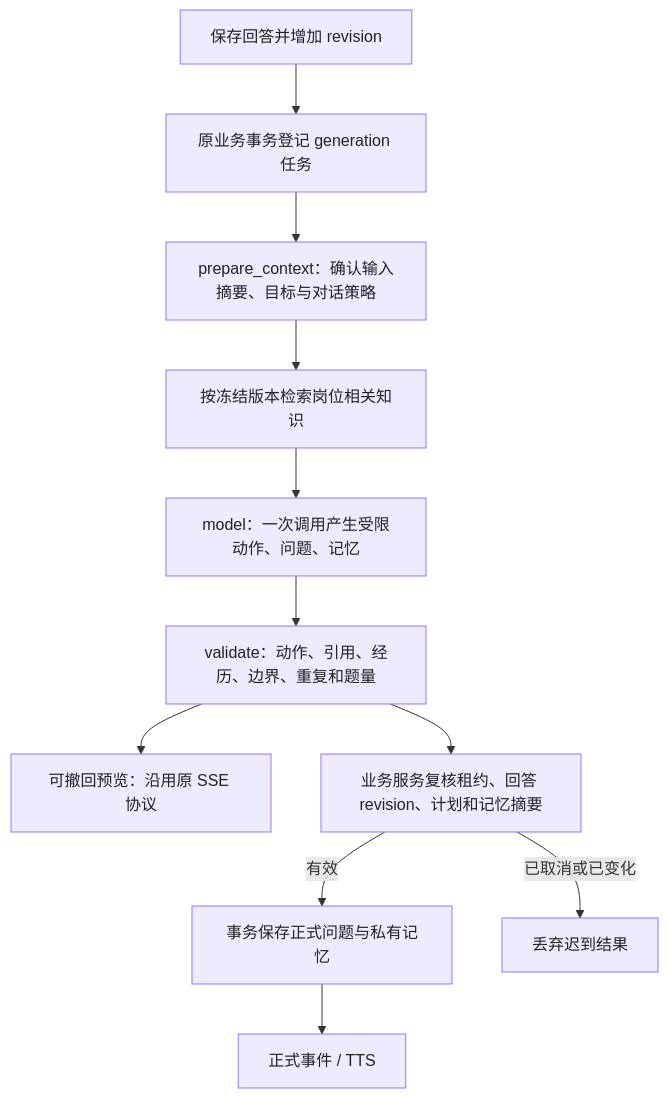
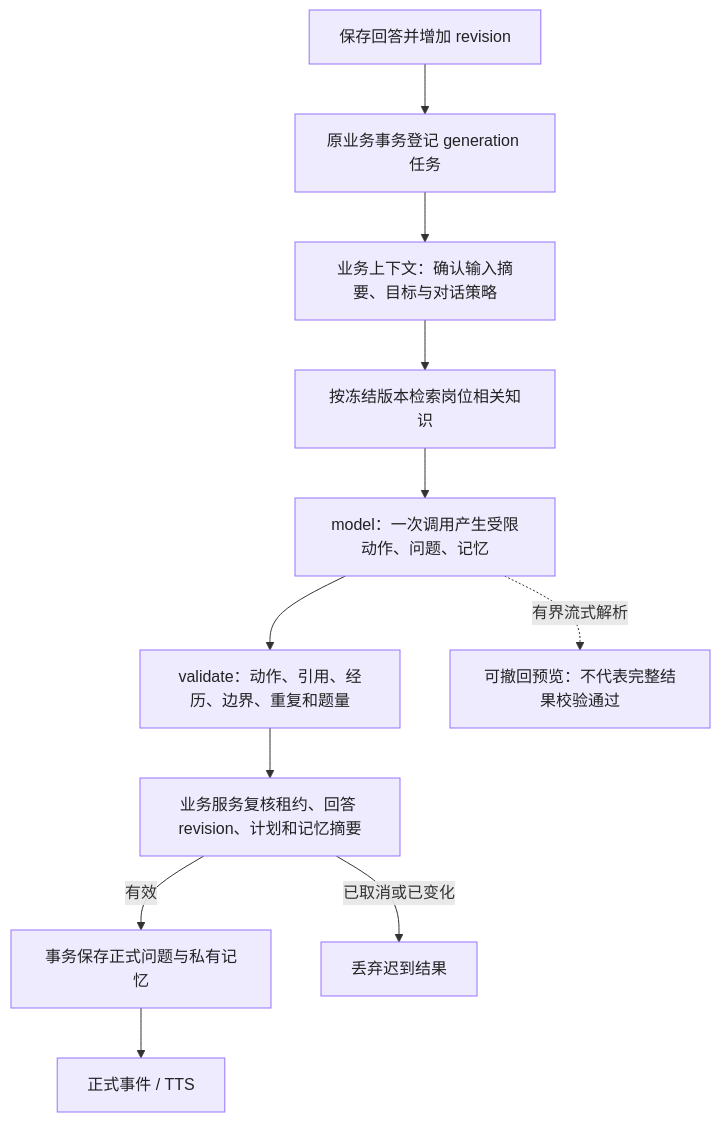
The fifth of 9 diagrams in docs/software/interview-agent-implementation.md (hcxlwxlwj/InterviewLab), drawn with Mermaid before and after one commit. The commit also changed other lines of this file and 1 other file, not shown here.

Commit message:
docs: expand interview agent architecture and engineering review

````diff
--- a/docs/software/interview-agent-implementation.md
+++ b/docs/software/interview-agent-implementation.md
@@ -117,14 +317,14 @@
 ```mermaid
 flowchart TD
   A[保存回答并增加 revision] --> T[原业务事务登记 generation 任务]
-  T --> P[prepare_context：确认输入摘要、目标与对话策略]
+  T --> P[业务上下文：确认输入摘要、目标与对话策略]
   P --> K[按冻结版本检索岗位相关知识]
   K --> M[model：一次调用产生受限动作、问题、记忆]
   M --> V[validate：动作、引用、经历、边界、重复和题量]
-  V --> B[可撤回预览：沿用原 SSE 协议]
+  M -.有界流式解析.-> B[可撤回预览：不代表完整结果校验通过]
   V --> C[业务服务复核租约、回答 revision、计划和记忆摘要]
   C -->|有效| S[事务保存正式问题与私有记忆]
   C -->|已取消或已变化| X[丢弃迟到结果]
   S --> D[正式事件 / TTS]
   classDef default fill:#eeebff,stroke:#9873ff,color:#222;
 ```
````
